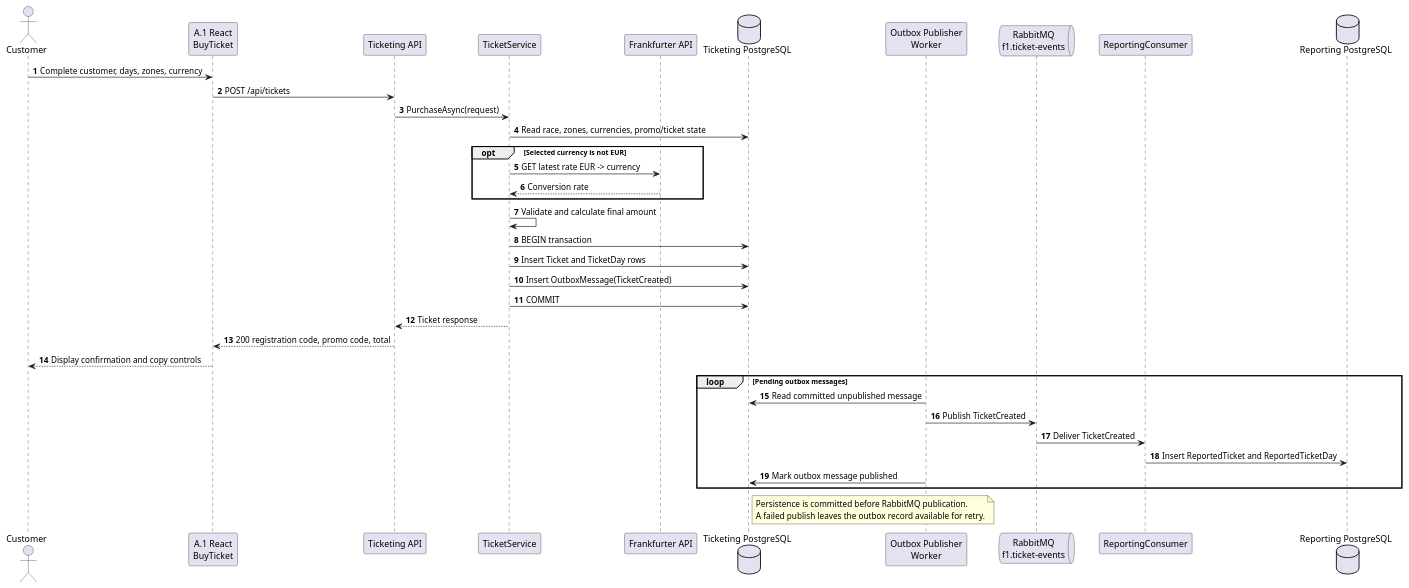
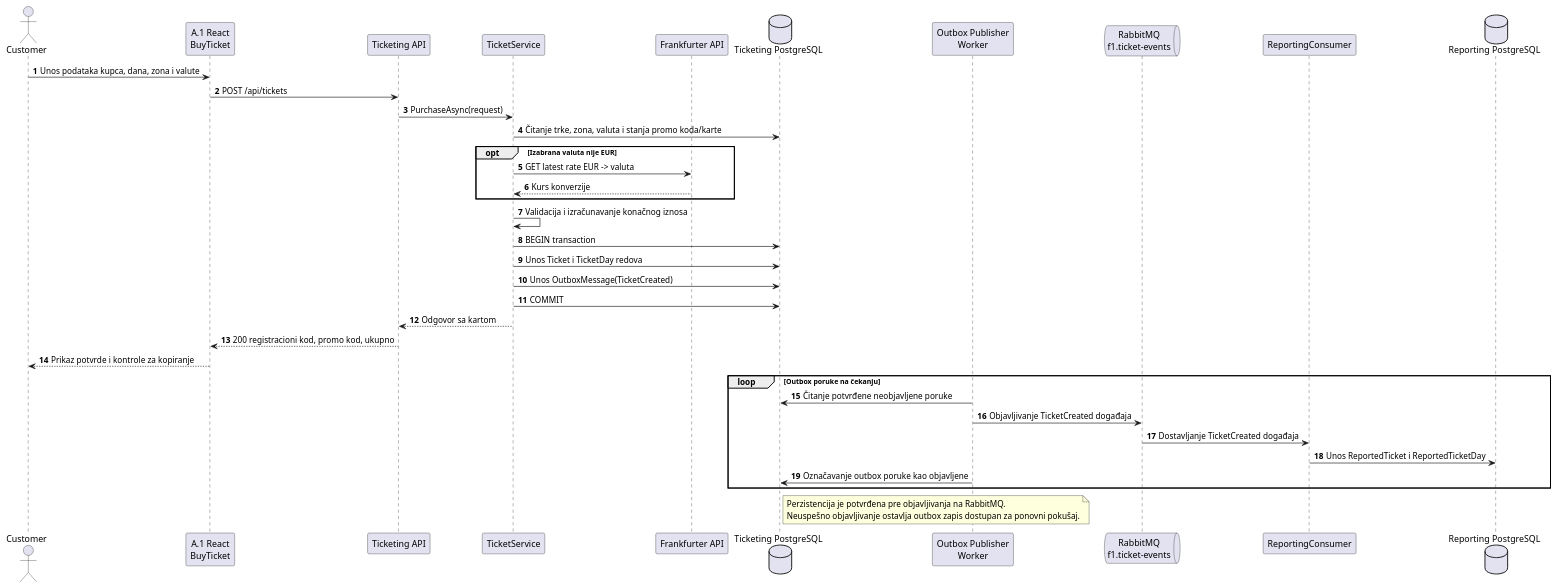
The diagram in docs/diagrams/ticket-purchase-sequence.puml (bd0061/f1-app), drawn with PlantUML before and after one commit. The commit also changed 14 other files, not shown here.

```diff
--- a/docs/diagrams/ticket-purchase-sequence.puml
+++ b/docs/diagrams/ticket-purchase-sequence.puml
@@ -1,47 +1,47 @@
 @startuml
 autonumber
 skinparam shadowing false
 
 actor Customer
 participant "A.1 React\nBuyTicket" as React
 participant "Ticketing API" as Api
 participant "TicketService" as Service
 participant "Frankfurter API" as Frankfurter
 database "Ticketing PostgreSQL" as TicketDb
 participant "Outbox Publisher\nWorker" as OutboxWorker
 queue "RabbitMQ\nf1.ticket-events" as Rabbit
 participant "ReportingConsumer" as Consumer
 database "Reporting PostgreSQL" as ReportDb
 
-Customer -> React : Complete customer, days, zones, currency
+Customer -> React : Unos podataka kupca, dana, zona i valute
 React -> Api : POST /api/tickets
 Api -> Service : PurchaseAsync(request)
-Service -> TicketDb : Read race, zones, currencies, promo/ticket state
+Service -> TicketDb : Čitanje trke, zona, valuta i stanja promo koda/karte
 
-opt Selected currency is not EUR
-  Service -> Frankfurter : GET latest rate EUR -> currency
-  Frankfurter --> Service : Conversion rate
+opt Izabrana valuta nije EUR
+Service -> Frankfurter : GET latest rate EUR -> valuta
+Frankfurter --> Service : Kurs konverzije
 end
 
-Service -> Service : Validate and calculate final amount
+Service -> Service : Validacija i izračunavanje konačnog iznosa
 Service -> TicketDb : BEGIN transaction
-Service -> TicketDb : Insert Ticket and TicketDay rows
-Service -> TicketDb : Insert OutboxMessage(TicketCreated)
+Service -> TicketDb : Unos Ticket i TicketDay redova
+Service -> TicketDb : Unos OutboxMessage(TicketCreated)
 Service -> TicketDb : COMMIT
-Service --> Api : Ticket response
-Api --> React : 200 registration code, promo code, total
-React --> Customer : Display confirmation and copy controls
+Service --> Api : Odgovor sa kartom
+Api --> React : 200 registracioni kod, promo kod, ukupno
+React --> Customer : Prikaz potvrde i kontrole za kopiranje
 
-loop Pending outbox messages
-  OutboxWorker -> TicketDb : Read committed unpublished message
-  OutboxWorker -> Rabbit : Publish TicketCreated
-  Rabbit -> Consumer : Deliver TicketCreated
-  Consumer -> ReportDb : Insert ReportedTicket and ReportedTicketDay
-  OutboxWorker -> TicketDb : Mark outbox message published
+loop Outbox poruke na čekanju
+OutboxWorker -> TicketDb : Čitanje potvrđene neobjavljene poruke
+OutboxWorker -> Rabbit : Objavljivanje TicketCreated događaja
+Rabbit -> Consumer : Dostavljanje TicketCreated događaja
+Consumer -> ReportDb : Unos ReportedTicket i ReportedTicketDay
+OutboxWorker -> TicketDb : Označavanje outbox poruke kao objavljene
 end
 
 note right of TicketDb
-  Persistence is committed before RabbitMQ publication.
-  A failed publish leaves the outbox record available for retry.
+Perzistencija je potvrđena pre objavljivanja na RabbitMQ.
+Neuspešno objavljivanje ostavlja outbox zapis dostupan za ponovni pokušaj.
 end note
 @enduml
```
